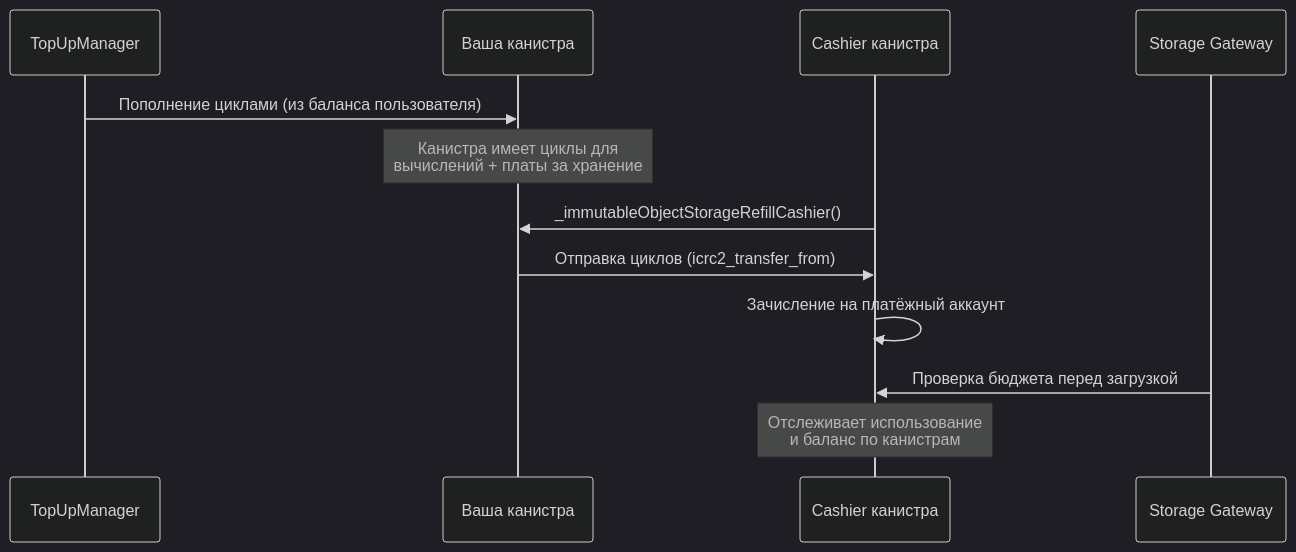
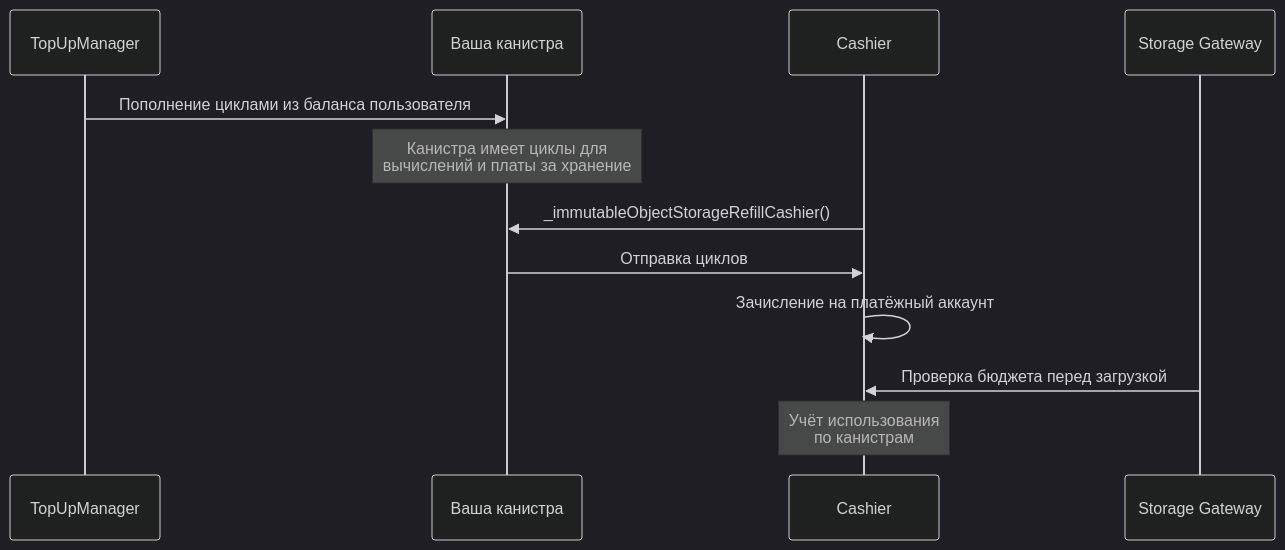
The second of 2 diagrams in apps/docs/src/ru/how-it-works/payment.md (rabbithole-app/v2), drawn with Mermaid (dark theme) before and after one commit. The commit also changed other lines of this file and 60 other files, not shown here.

````diff
--- a/apps/docs/src/ru/how-it-works/payment.md
+++ b/apps/docs/src/ru/how-it-works/payment.md
@@ -113,15 +143,15 @@
 ```mermaid
 sequenceDiagram
     participant TM as TopUpManager
     participant UC as Ваша канистра
-    participant CA as Cashier канистра
+    participant CA as Cashier
     participant GW as Storage Gateway
 
-    TM->>UC: Пополнение циклами (из баланса пользователя)
-    Note over UC: Канистра имеет циклы для<br/>вычислений + платы за хранение
+    TM->>UC: Пополнение циклами из баланса пользователя
+    Note over UC: Канистра имеет циклы для<br/>вычислений и платы за хранение
     CA->>UC: _immutableObjectStorageRefillCashier()
-    UC->>CA: Отправка циклов (icrc2_transfer_from)
+    UC->>CA: Отправка циклов
     CA->>CA: Зачисление на платёжный аккаунт
     GW->>CA: Проверка бюджета перед загрузкой
-    Note over CA: Отслеживает использование<br/>и баланс по канистрам
+    Note over CA: Учёт использования<br/>по канистрам
 ```
````
